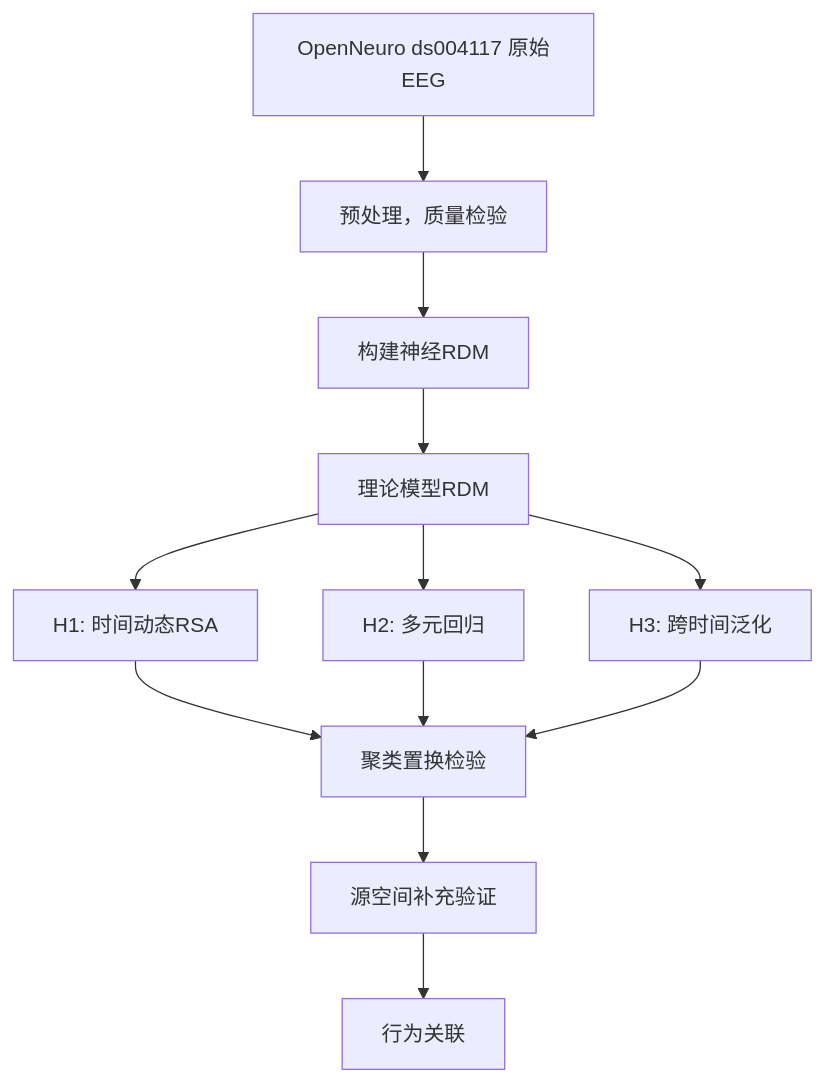
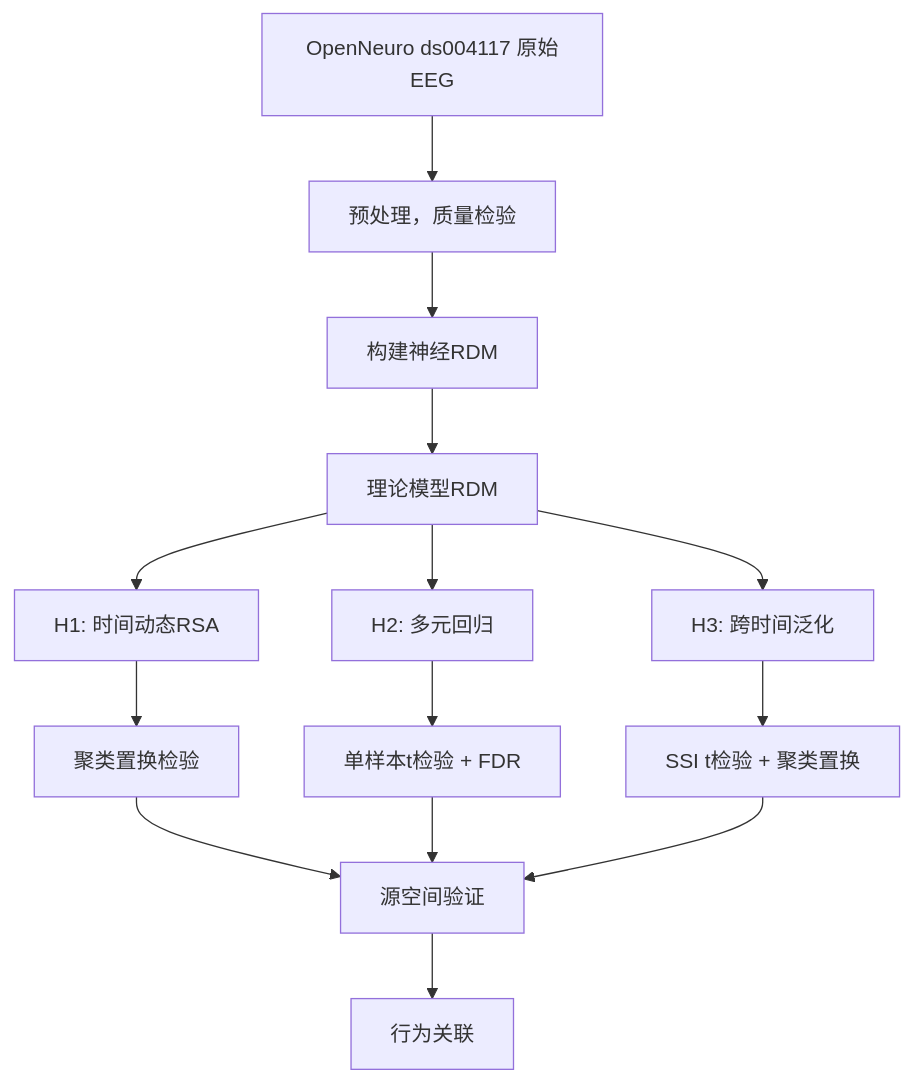
Before and after one commit to ElasWang/wm_dynamics_rsa: the diagram in README.md, drawn with Mermaid. The commit also changed other lines of this file and 2 other files, not shown here.

````diff
--- a/README.md
+++ b/README.md
@@ -68,15 +68,17 @@
 ```mermaid
 flowchart TD
     A[OpenNeuro ds004117 原始EEG] 
     A --> B[预处理，质量检验]
     B --> C[构建神经RDM]
     C --> D[理论模型RDM]
     D --> E[H1: 时间动态RSA]
     D --> F[H2: 多元回归]
     D --> G[H3: 跨时间泛化]
-    E --> H[聚类置换检验]
-    F --> H
-    G --> H
-    H --> I[源空间补充验证]
+    E --> H1_统计[聚类置换检验]
+    F --> H2_统计[单样本t检验 + FDR]
+    G --> H3_统计[SSI t检验 + 聚类置换]
+    H1_统计 --> I[源空间验证]
+    H2_统计 --> I
+    H3_统计 --> I
     I --> J[行为关联]
 ```
````
